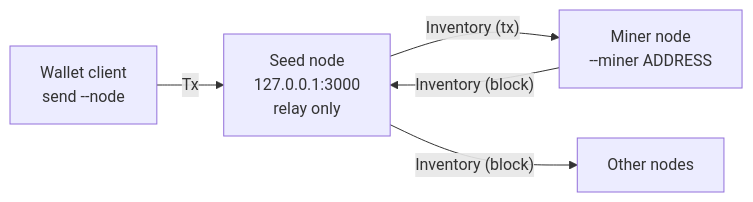
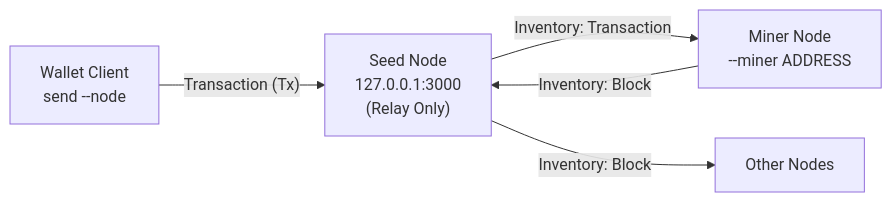
One commit to walidwh21/MiniChain changed the eighth of 9 diagrams in README.md. Above: the diagram before and after it, drawn with Mermaid. The commit also changed other lines of this file, not shown here.

````diff
--- a/README.md
+++ b/README.md
@@ -226,7 +243,10 @@
 ```mermaid
 flowchart LR
-    Client["Wallet client<br/>send --node"] -->|Tx| Seed["Seed node<br/>127.0.0.1:3000<br/>relay only"]
-    Seed -->|"Inventory (tx)"| Miner["Miner node<br/>--miner ADDRESS"]
-    Miner -->|"Inventory (block)"| Seed
-    Seed -->|"Inventory (block)"| Other["Other nodes"]
+    Client["Wallet Client<br/>send --node"] -->|"Transaction (Tx)"| Seed["Seed Node<br/>127.0.0.1:3000<br/>(Relay Only)"]
+
+    Seed -->|"Inventory: Transaction"| Miner["Miner Node<br/>--miner ADDRESS"]
+
+    Miner -->|"Inventory: Block"| Seed
+
+    Seed -->|"Inventory: Block"| Other["Other Nodes"]
 ```
````
